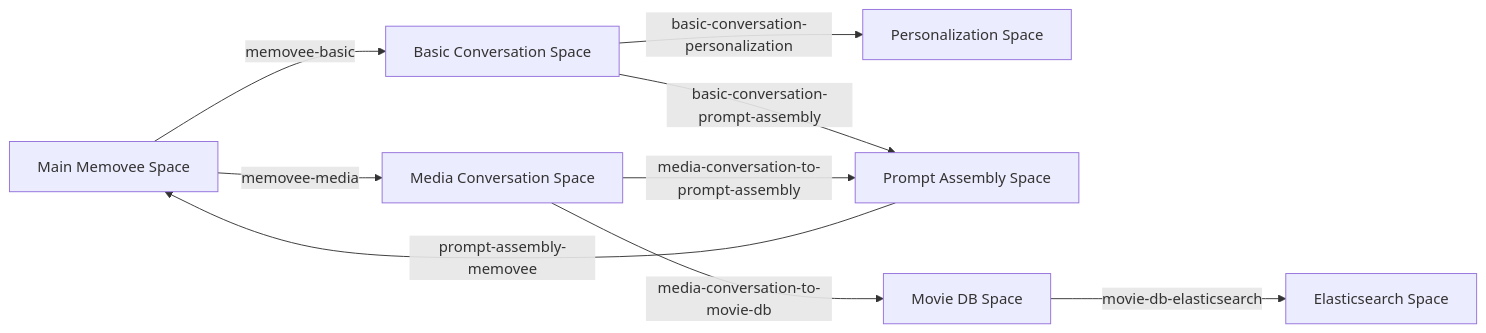
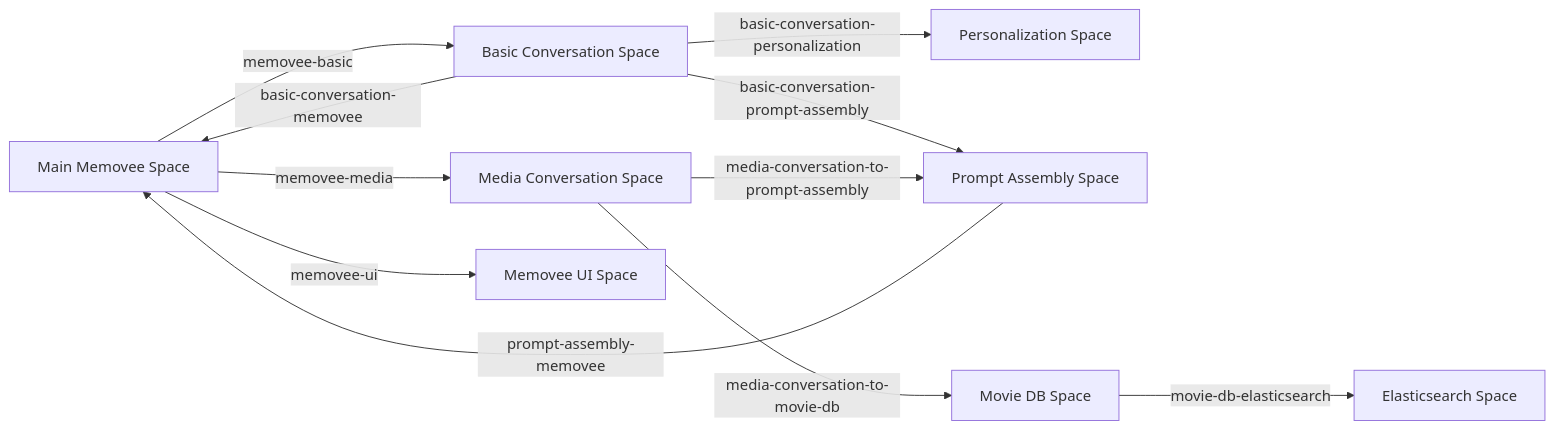
The diagram in README.md (upmaru/memovee-tama), drawn with Mermaid before and after one commit.

Commit message:
Update mermaid diagram

````diff
--- a/README.md
+++ b/README.md
@@ -75,25 +75,29 @@
 ```mermaid
 graph LR
     A[Main Memovee Space]
     B[Basic Conversation Space]
     C[Media Conversation Space]
     D[Personalization Space]
     E[Prompt Assembly Space]
     F[Movie DB Space]
     G[Elasticsearch Space]
+    H[Memovee UI Space]
     A -- "memovee-basic" --> B
     A -- "memovee-media" --> C
+    A -- "memovee-ui" --> H
     B -- "basic-conversation-personalization" --> D
     B -- "basic-conversation-prompt-assembly" --> E
+    B -- "basic-conversation-memovee" --> A
     C -- "media-conversation-to-movie-db" --> F
     C -- "media-conversation-to-prompt-assembly" --> E
     E -- "prompt-assembly-memovee" --> A
     F -- "movie-db-elasticsearch" --> G
     style A fill:#bbdefb stroke:#333
     style B fill:#c8e6c9 stroke:#333
     style C fill:#ffe0b2 stroke:#333
     style D fill:#f8b6c0 stroke:#333
     style E fill:#e1bee7 stroke:#333
     style F fill:#d7ccc8 stroke:#333
     style G fill:#fff9c4 stroke:#333
+    style H fill:#cfd8dc stroke:#333
 ```
````
